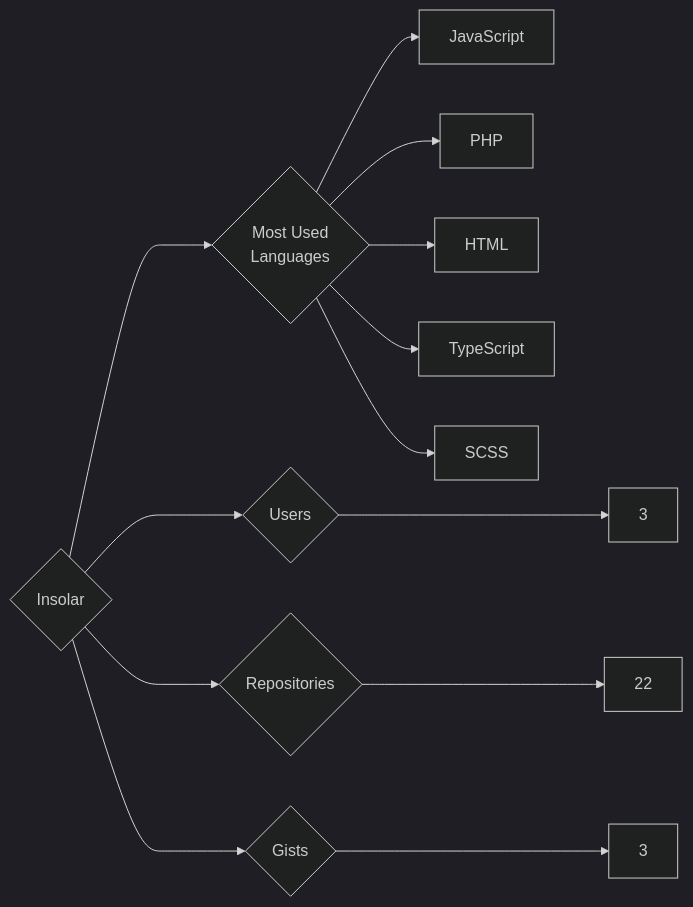
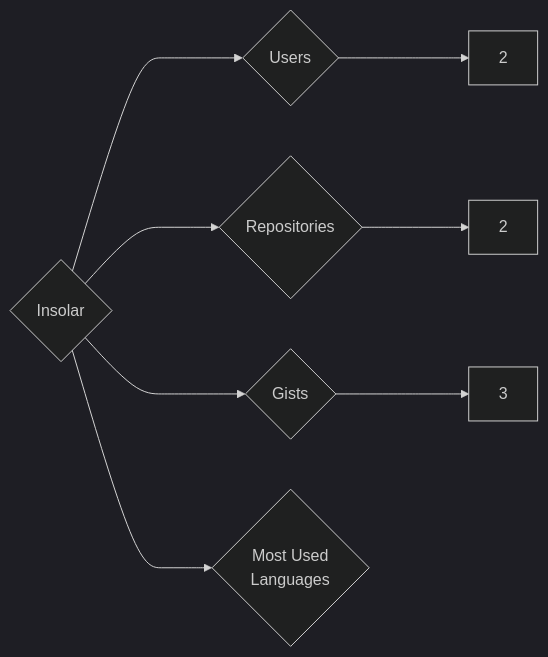
The diagram in targets/Insolar/README.md (trickest/insiders), drawn with Mermaid (dark theme) before and after one commit. The commit also changed 925 other files, not shown here.

````diff
--- a/targets/Insolar/README.md
+++ b/targets/Insolar/README.md
@@ -3,13 +3,8 @@
 ```mermaid
 graph LR
 COMPANY_NAME{Insolar}
-COMPANY_NAME ---> U{Users} ---> UN[3]
-COMPANY_NAME ---> R{Repositories} ---> RN[22]
+COMPANY_NAME ---> U{Users} ---> UN[2]
+COMPANY_NAME ---> R{Repositories} ---> RN[2]
 COMPANY_NAME ---> G{Gists} ---> GN[3]
 COMPANY_NAME ---> ML{Most Used<br>Languages}
-ML --> JavaScript[JavaScript]
-ML --> PHP[PHP]
-ML --> HTML[HTML]
-ML --> TypeScript[TypeScript]
-ML --> SCSS[SCSS]
 ```
````
